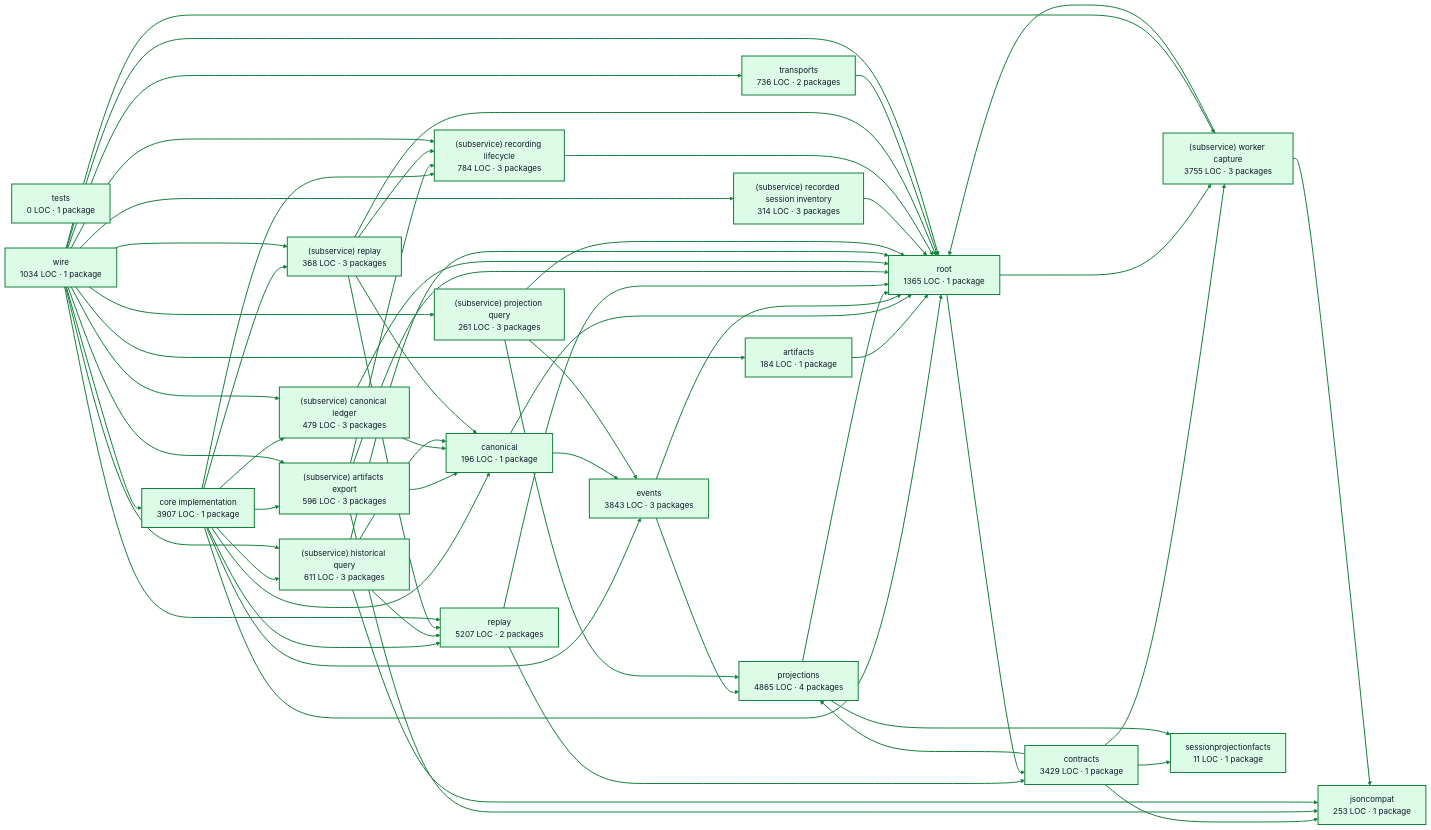
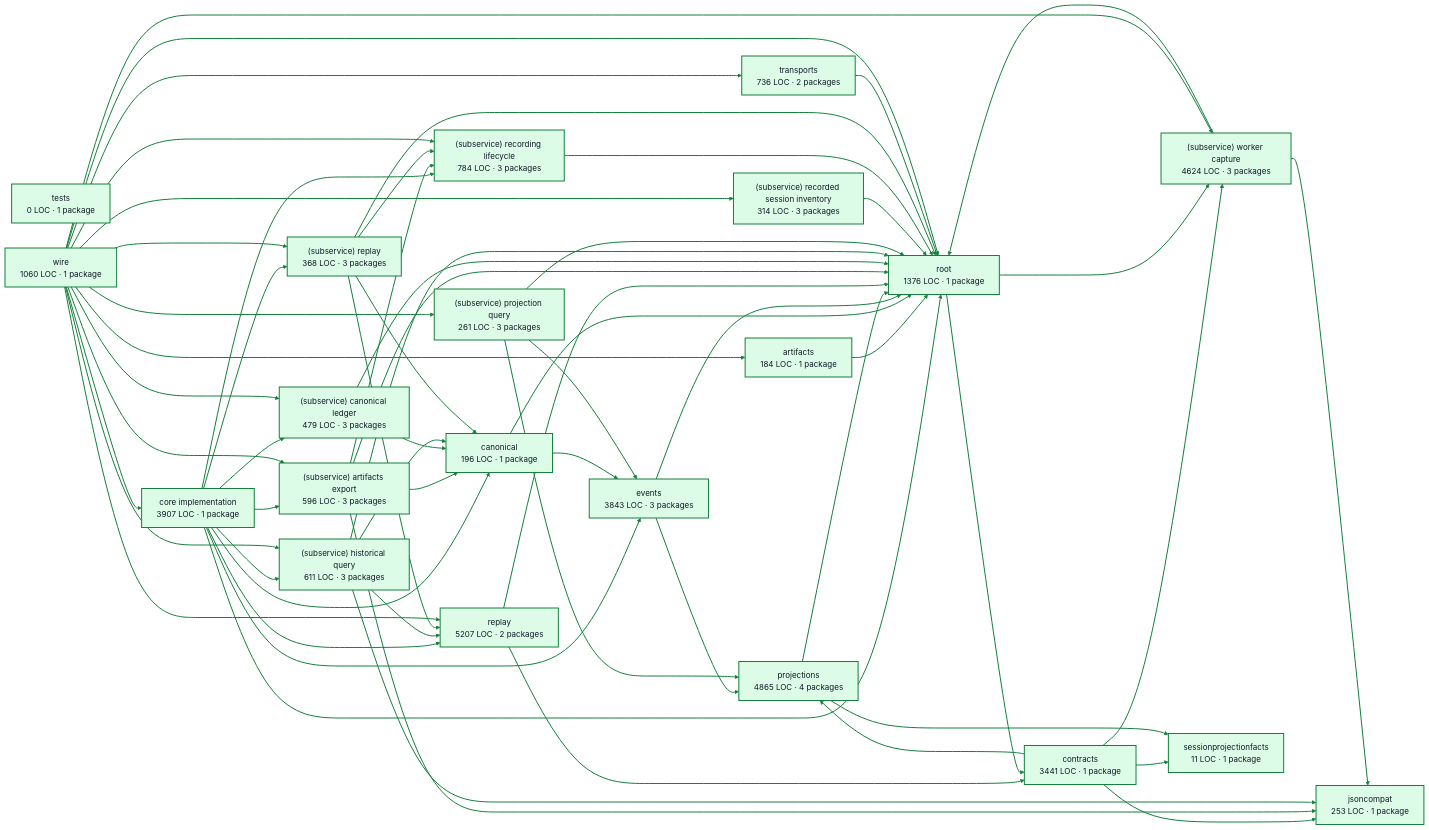
The diagram in docs/architecture/visualizations/services/recordings.md (portpowered/you-agent-factory), drawn with Mermaid before and after one commit. The commit also changed other lines of this file and 20 other files, not shown here.

Commit message:
docs: refresh backend architecture visualizations

```diff
--- a/docs/architecture/visualizations/services/recordings.md
+++ b/docs/architecture/visualizations/services/recordings.md
@@ -13,7 +13,7 @@
   p0["core implementation<br/>3907 LOC · 1 package"]
   p1["artifacts<br/>184 LOC · 1 package"]
   p2["canonical<br/>196 LOC · 1 package"]
-  p3["contracts<br/>3429 LOC · 1 package"]
+  p3["contracts<br/>3441 LOC · 1 package"]
   p4["events<br/>3843 LOC · 3 packages"]
   p5["jsoncompat<br/>253 LOC · 1 package"]
   p6["projections<br/>4865 LOC · 4 packages"]
@@ -25,12 +25,12 @@
   p12["(subservice) recorded session inventory<br/>314 LOC · 3 packages"]
   p13["(subservice) recording lifecycle<br/>784 LOC · 3 packages"]
   p14["(subservice) replay<br/>368 LOC · 3 packages"]
-  p15["(subservice) worker capture<br/>3755 LOC · 3 packages"]
+  p15["(subservice) worker capture<br/>4624 LOC · 3 packages"]
   p16["sessionprojectionfacts<br/>11 LOC · 1 package"]
   p17["tests<br/>0 LOC · 1 package"]
-  p18["root<br/>1365 LOC · 1 package"]
+  p18["root<br/>1376 LOC · 1 package"]
   p19["transports<br/>736 LOC · 2 packages"]
-  p20["wire<br/>1034 LOC · 1 package"]
+  p20["wire<br/>1060 LOC · 1 package"]
   p0 --> p2
   p0 --> p4
   p0 --> p7
```
